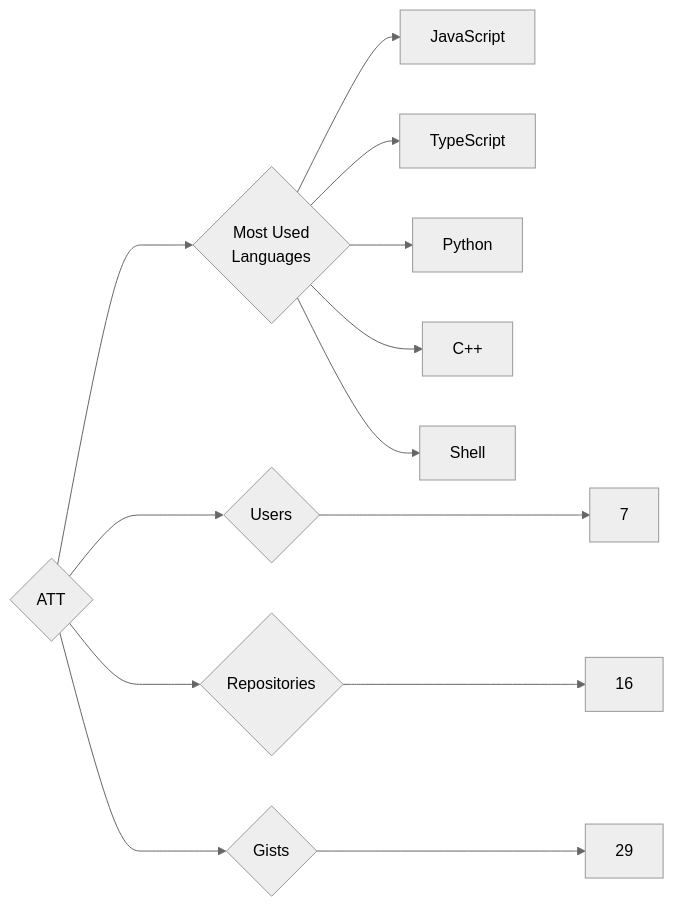
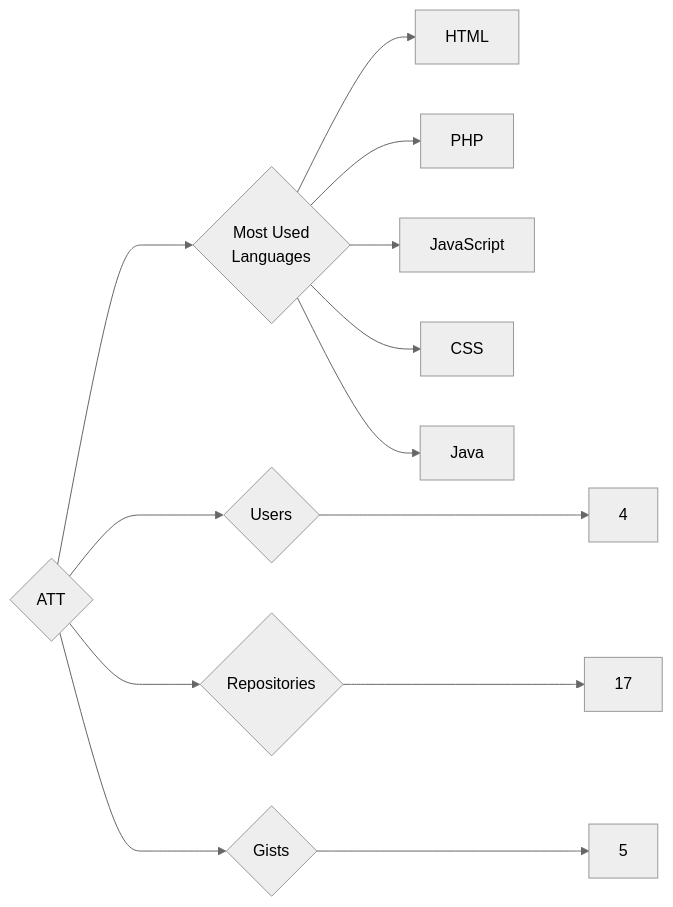
The diagram in targets/ATT/README.md (trickest/insiders), drawn with Mermaid (neutral theme) before and after one commit. The commit also changed 1170 other files, not shown here.

````diff
--- a/targets/ATT/README.md
+++ b/targets/ATT/README.md
@@ -3,13 +3,13 @@
 ```mermaid
 graph LR
 COMPANY_NAME{ATT}
-COMPANY_NAME ---> U{Users} ---> UN[7]
-COMPANY_NAME ---> R{Repositories} ---> RN[16]
-COMPANY_NAME ---> G{Gists} ---> GN[29]
+COMPANY_NAME ---> U{Users} ---> UN[4]
+COMPANY_NAME ---> R{Repositories} ---> RN[17]
+COMPANY_NAME ---> G{Gists} ---> GN[5]
 COMPANY_NAME ---> ML{Most Used<br>Languages}
+ML --> HTML[HTML]
+ML --> PHP[PHP]
 ML --> JavaScript[JavaScript]
-ML --> TypeScript[TypeScript]
-ML --> Python[Python]
-ML --> C++[C++]
-ML --> Shell[Shell]
+ML --> CSS[CSS]
+ML --> Java[Java]
 ```
````
